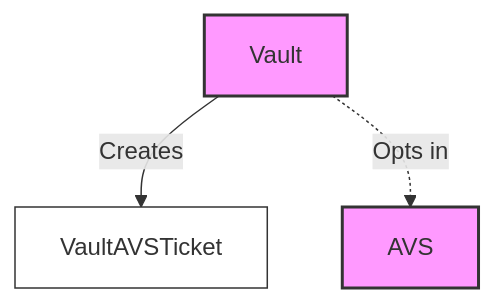
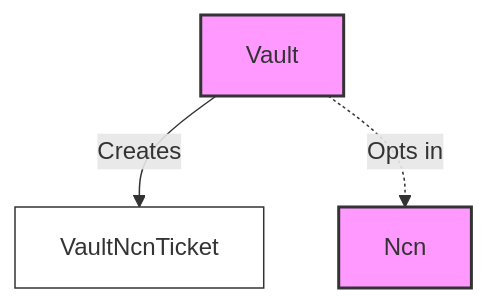
Before and after one commit to jito-foundation/restaking: the first of 4 diagrams in docs/concepts/vault_program.md, drawn with Mermaid. The commit also changed other lines of this file and 61 other files, not shown here.

Commit message:
Rename AVS -> NCN (#25)

````diff
--- a/docs/concepts/vault_program.md
+++ b/docs/concepts/vault_program.md
@@ -52,10 +52,10 @@
 ```mermaid
 graph TD
     classDef main fill: #f9f, stroke: #333, stroke-width: 2px;
     classDef ticket fill: #fff, stroke: #333, stroke-width: 1px;
     Vault[Vault]:::main
-    AVS[AVS]:::main
-    VaultAvsTicket[VaultAVSTicket]:::ticket
-    Vault -->|Creates| VaultAvsTicket
-    Vault -.->|Opts in| AVS
+    Ncn[Ncn]:::main
+    VaultNcnTicket[VaultNcnTicket]:::ticket
+    Vault -->|Creates| VaultNcnTicket
+    Vault -.->|Opts in| Ncn
 ```
````
